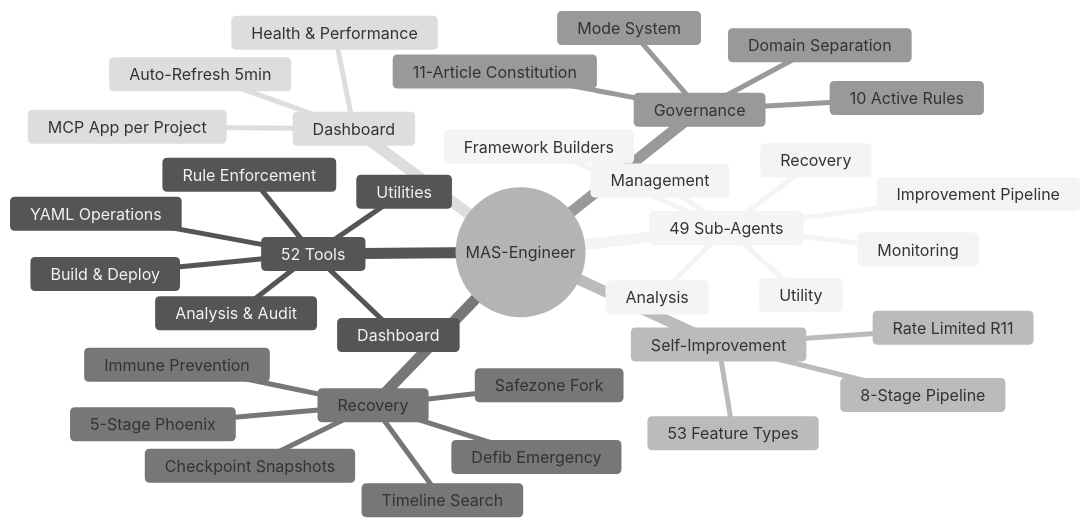
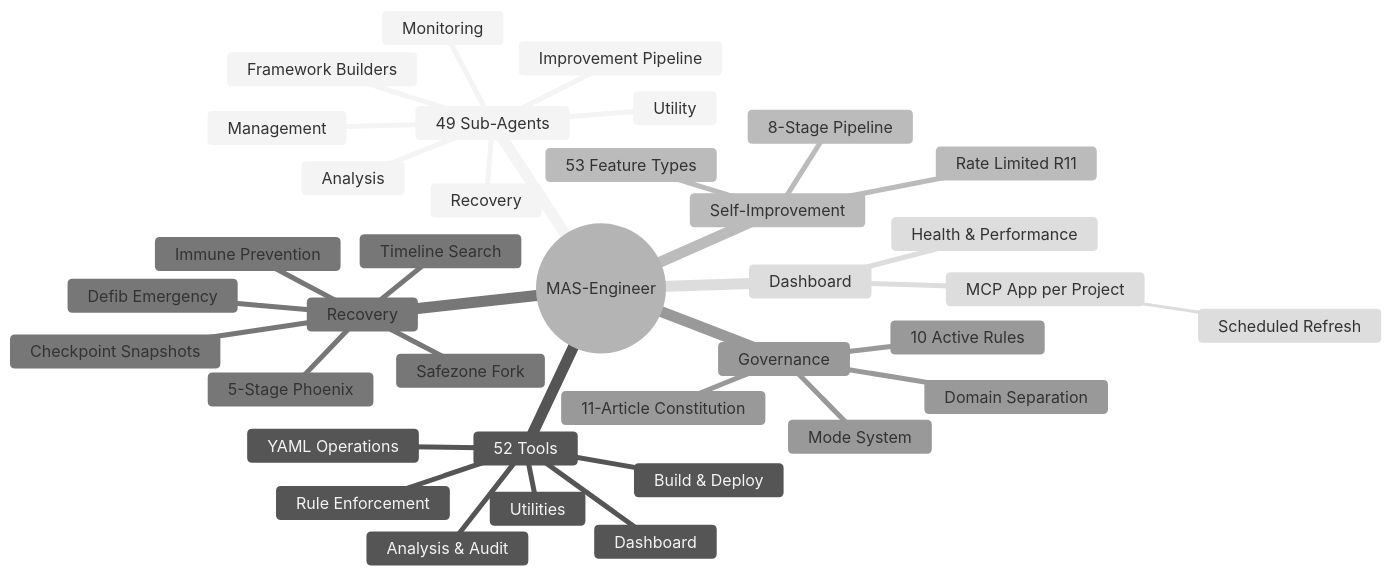
Before and after one commit to mczardybon/mas-engineer: the sixth of 6 diagrams in README.md, drawn with Mermaid (neutral theme). The commit also changed other lines of this file and 86 other files, not shown here.

````diff
--- a/README.md
+++ b/README.md
@@ -459,39 +459,39 @@
 ```mermaid
 mindmap
   root((MAS-Engineer))
     49 Sub-Agents
       Framework Builders
       Improvement Pipeline
       Monitoring
       Recovery
       Analysis
       Utility
       Management
     52 Tools
       Rule Enforcement
       YAML Operations
       Build & Deploy
       Analysis & Audit
       Dashboard
       Utilities
     Self-Improvement
       8-Stage Pipeline
       53 Feature Types
       Rate Limited R11
     Recovery
       5-Stage Phoenix
       Immune Prevention
       Checkpoint Snapshots
       Safezone Fork
       Timeline Search
       Defib Emergency
     Governance
       10 Active Rules
       11-Article Constitution
       Mode System
       Domain Separation
     Dashboard
       MCP App per Project
-      Auto-Refresh 5min
+       Scheduled Refresh
       Health & Performance
 ```
````
